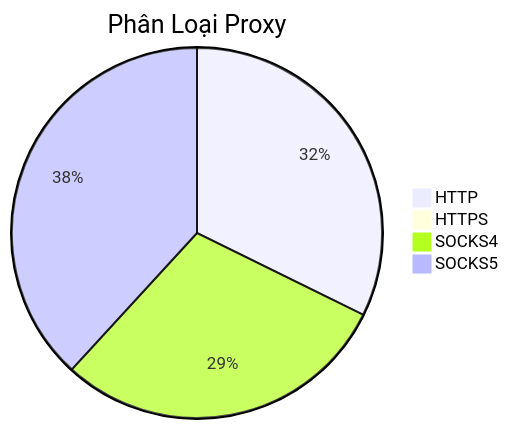
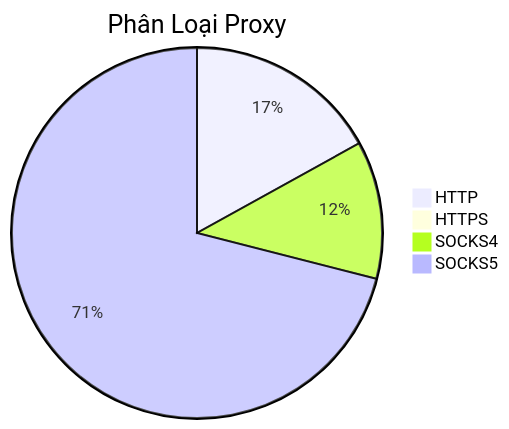
Before and after one commit to Ciara-Aa/PROXY-free: the diagram in README.md, drawn with Mermaid. The commit also changed other lines of this file and 4 other files, not shown here.

````diff
--- a/README.md
+++ b/README.md
@@ -26,7 +26,7 @@
 ```mermaid
 pie title Phân Loại Proxy
-    "HTTP" : 295
-    "HTTPS" : 2
-    "SOCKS4" : 270
-    "SOCKS5" : 349
+    "HTTP" : 334
+    "HTTPS" : 3
+    "SOCKS4" : 237
+    "SOCKS5" : 1399
 ```
````
